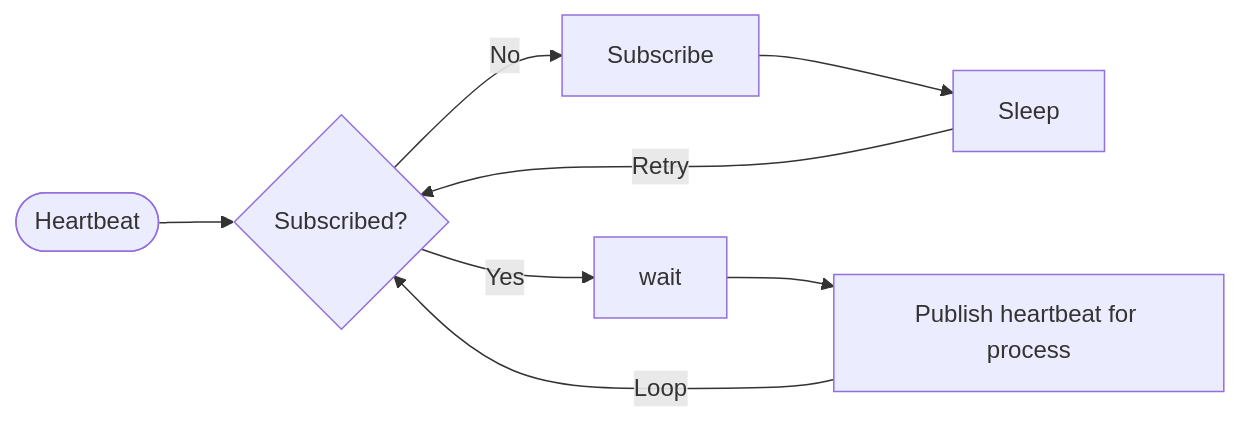
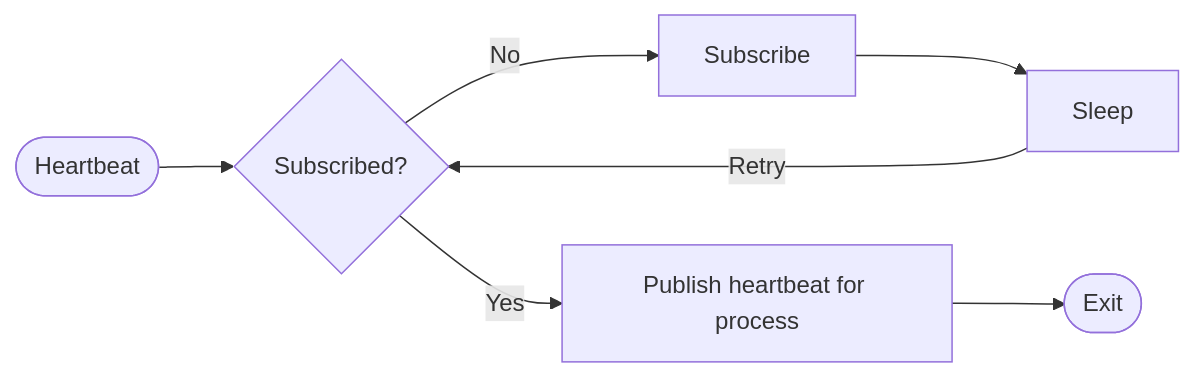
One commit to ckuhtz/ham changed the fifth of 6 diagrams in doc/workflows.md. Above: the diagram before and after it, drawn with Mermaid. The commit also changed other lines of this file, not shown here.

````diff
--- a/doc/workflows.md
+++ b/doc/workflows.md
@@ -116,12 +175,11 @@
 ```mermaid
 flowchart LR;
     Heartbeat([Heartbeat]);
+    Exit([Exit])
     Heartbeat --> Subscribed0{Subscribed?};
     Subscribed0 -->|No| Subscribed1[Subscribe];
     Subscribed1 --> Sleep0[Sleep];
     Sleep0 -->|Retry| Subscribed0;
-    Subscribed0 -->|Yes| Wait0[wait];
-    Wait0 --> Publish0[Publish heartbeat for process];
-    Publish0 -->|Loop| Subscribed0;
-    
+    Subscribed0 -->|Yes| Publish0[Publish heartbeat for process];
+    Publish0 --> Exit;
 ```
````
